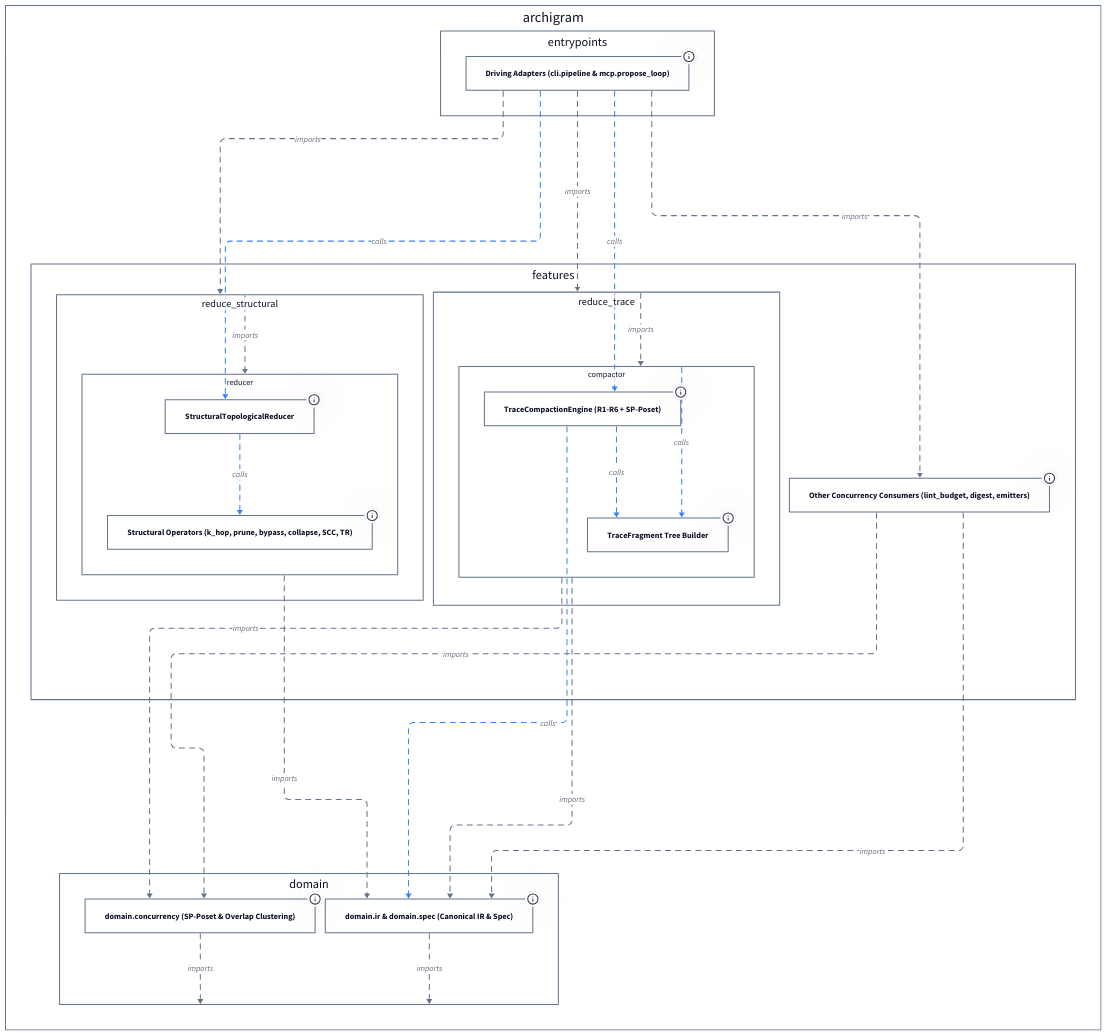
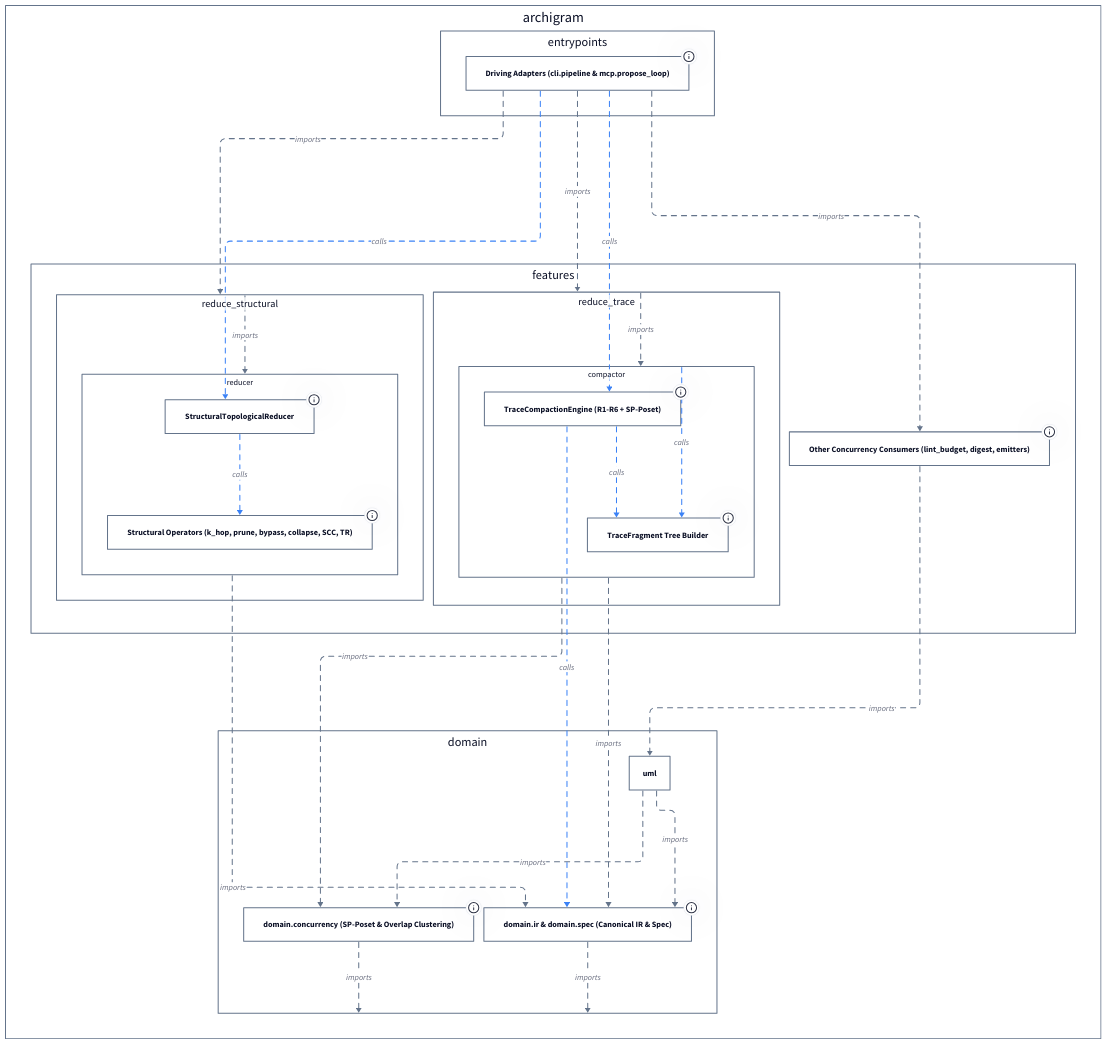
One commit to klcd/archigram changed the diagram in docs/architecture/diagrams/l2b_reduction_engine_d2.d2. Above: the diagram before and after it, drawn with D2. The commit also changed 20 other files, not shown here.

Commit message:
refactor(domain): extract shared UML helpers for emitters

```diff
--- a/docs/architecture/diagrams/l2b_reduction_engine_d2.d2
+++ b/docs/architecture/diagrams/l2b_reduction_engine_d2.d2
@@ -1,154 +1,162 @@
 vars: {
   d2-config: {
     layout-engine: elk
     theme-id: 0
     dark-theme-id: 200
   }
 }
 style.fill: transparent
 
 archigram: "archigram" {
   style.fill: transparent
   style.stroke: "#64748b"
   "archigram.domain": "domain" {
     style.fill: transparent
     style.stroke: "#64748b"
+    "archigram.domain.uml": "uml" {
+      style.fill: transparent
+      style.stroke: "#64748b"
+    }
     domain_concurrency_poset: "domain.concurrency (SP-Poset & Overlap Clustering)" {
       style.fill: transparent
       style.stroke: "#64748b"
       tooltip: "Derived via l2b_d2_concurrency (2 backing nodes: archigram.domain.concurrency, archigram.domain.concurrency.PosetCotreeNode)"
     }
     domain_ir_and_spec: "domain.ir & domain.spec (Canonical IR & Spec)" {
       style.fill: transparent
       style.stroke: "#64748b"
       tooltip: "Derived via l2b_d2_domain_ir_spec (3 backing nodes: archigram.domain.ir, archigram.domain.spec, archigram.domain.spec.TraceCompactionConfig)"
     }
   }
   "archigram.entrypoints": "entrypoints" {
     style.fill: transparent
     style.stroke: "#64748b"
     driving_entrypoints: "Driving Adapters (cli.pipeline & mcp.propose_loop)" {
       style.fill: transparent
       style.stroke: "#64748b"
       tooltip: "Derived via l2b_d2_callers (5 backing nodes: archigram.entrypoints.cli, archigram.entrypoints.cli.pipeline, archigram.entrypoints.cli.pipeline.compile_and_lint_pipeline, archigram.entrypoints.mcp, archigram.entrypoints.mcp.propose_loop)"
     }
   }
   "archigram.features": "features" {
     style.fill: transparent
     style.stroke: "#64748b"
     "archigram.features.reduce_structural": "reduce_structural" {
       style.fill: transparent
       style.stroke: "#64748b"
       "archigram.features.reduce_structural.reducer": "reducer" {
         style.fill: transparent
         style.stroke: "#64748b"
         reduce_structural_engine: "StructuralTopologicalReducer" {
           style.fill: transparent
           style.stroke: "#64748b"
           tooltip: "Derived via l2b_d2_structural_engine (1 backing node: archigram.features.reduce_structural.reducer.StructuralTopologicalReducer)"
         }
         reduce_structural_ops: "Structural Operators (k_hop, prune, bypass, collapse, SCC, TR)" {
           style.fill: transparent
           style.stroke: "#64748b"
           tooltip: "Derived via l2b_d2_structural_ops (4 backing nodes: archigram.features.reduce_structural.reducer.apply_structural_rule, archigram.features.reduce_structural.reducer.condense_sccs, archigram.features.reduce_structural.reducer.k_hop_neighborhood, archigram.features.reduce_structural.reducer.transitive_reduction)"
         }
       }
     }
     "archigram.features.reduce_trace": "reduce_trace" {
       style.fill: transparent
       style.stroke: "#64748b"
       "archigram.features.reduce_trace.compactor": "compactor" {
         style.fill: transparent
         style.stroke: "#64748b"
         reduce_trace_engine: "TraceCompactionEngine (R1-R6 + SP-Poset)" {
           style.fill: transparent
           style.stroke: "#64748b"
           tooltip: "Derived via l2b_d2_trace_engine (1 backing node: archigram.features.reduce_trace.compactor.TraceCompactionEngine)"
         }
         trace_fragment_tree: "TraceFragment Tree Builder" {
           style.fill: transparent
           style.stroke: "#64748b"
           tooltip: "Derived via l2b_d2_trace_fragments (2 backing nodes: archigram.features.reduce_trace.compactor.TraceFragment, archigram.features.reduce_trace.compactor.build_trace_fragment_tree)"
         }
       }
     }
     concurrency_consumers: "Other Concurrency Consumers (lint_budget, digest, emitters)" {
       style.fill: transparent
       style.stroke: "#64748b"
       tooltip: "Derived via l2b_d2_lint_consumers (11 backing nodes: archigram.features.emit_d2, archigram.features.emit_d2.emitter, archigram.features.emit_d2.uml_variants, archigram.features.emit_mermaid, archigram.features.emit_mermaid.emitter, ...)"
     }
   }
 }
 
+archigram."archigram.domain"."archigram.domain.uml" -> archigram."archigram.domain".domain_concurrency_poset: "imports" {
+  style.stroke: "#64748b"
+  style.stroke-dash: 5
+}
+archigram."archigram.domain"."archigram.domain.uml" -> archigram."archigram.domain".domain_ir_and_spec: "imports" {
+  style.stroke: "#64748b"
+  style.stroke-dash: 5
+}
 archigram."archigram.features"."archigram.features.reduce_structural" -> archigram."archigram.features"."archigram.features.reduce_structural"."archigram.features.reduce_structural.reducer": "imports" {
   style.stroke: "#64748b"
   style.stroke-dash: 5
 }
 archigram."archigram.features"."archigram.features.reduce_structural"."archigram.features.reduce_structural.reducer" -> archigram."archigram.domain".domain_ir_and_spec: "imports" {
   style.stroke: "#64748b"
   style.stroke-dash: 5
 }
 archigram."archigram.features"."archigram.features.reduce_trace" -> archigram."archigram.features"."archigram.features.reduce_trace"."archigram.features.reduce_trace.compactor": "imports" {
   style.stroke: "#64748b"
   style.stroke-dash: 5
 }
 archigram."archigram.features"."archigram.features.reduce_trace"."archigram.features.reduce_trace.compactor" -> archigram."archigram.domain".domain_concurrency_poset: "imports" {
   style.stroke: "#64748b"
   style.stroke-dash: 5
 }
 archigram."archigram.features"."archigram.features.reduce_trace"."archigram.features.reduce_trace.compactor" -> archigram."archigram.domain".domain_ir_and_spec: "imports" {
   style.stroke: "#64748b"
   style.stroke-dash: 5
 }
 archigram."archigram.features"."archigram.features.reduce_trace"."archigram.features.reduce_trace.compactor" -> archigram."archigram.features"."archigram.features.reduce_trace"."archigram.features.reduce_trace.compactor".trace_fragment_tree: "calls" {
   style.stroke: "#3b82f6"
   style.animated: true
 }
-archigram."archigram.features".concurrency_consumers -> archigram."archigram.domain".domain_concurrency_poset: "imports" {
-  style.stroke: "#64748b"
-  style.stroke-dash: 5
-}
-archigram."archigram.features".concurrency_consumers -> archigram."archigram.domain".domain_ir_and_spec: "imports" {
+archigram."archigram.features".concurrency_consumers -> archigram."archigram.domain"."archigram.domain.uml": "imports" {
   style.stroke: "#64748b"
   style.stroke-dash: 5
 }
 archigram."archigram.domain".domain_concurrency_poset -> archigram."archigram.domain": "imports" {
   style.stroke: "#64748b"
   style.stroke-dash: 5
 }
 archigram."archigram.domain".domain_ir_and_spec -> archigram."archigram.domain": "imports" {
   style.stroke: "#64748b"
   style.stroke-dash: 5
 }
 archigram."archigram.entrypoints".driving_entrypoints -> archigram."archigram.features"."archigram.features.reduce_structural": "imports" {
   style.stroke: "#64748b"
   style.stroke-dash: 5
 }
 archigram."archigram.entrypoints".driving_entrypoints -> archigram."archigram.features"."archigram.features.reduce_trace": "imports" {
   style.stroke: "#64748b"
   style.stroke-dash: 5
 }
 archigram."archigram.entrypoints".driving_entrypoints -> archigram."archigram.features".concurrency_consumers: "imports" {
   style.stroke: "#64748b"
   style.stroke-dash: 5
 }
 archigram."archigram.entrypoints".driving_entrypoints -> archigram."archigram.features"."archigram.features.reduce_structural"."archigram.features.reduce_structural.reducer".reduce_structural_engine: "calls" {
   style.stroke: "#3b82f6"
   style.animated: true
 }
 archigram."archigram.entrypoints".driving_entrypoints -> archigram."archigram.features"."archigram.features.reduce_trace"."archigram.features.reduce_trace.compactor".reduce_trace_engine: "calls" {
   style.stroke: "#3b82f6"
   style.animated: true
 }
 archigram."archigram.features"."archigram.features.reduce_structural"."archigram.features.reduce_structural.reducer".reduce_structural_engine -> archigram."archigram.features"."archigram.features.reduce_structural"."archigram.features.reduce_structural.reducer".reduce_structural_ops: "calls" {
   style.stroke: "#3b82f6"
   style.animated: true
 }
 archigram."archigram.features"."archigram.features.reduce_trace"."archigram.features.reduce_trace.compactor".reduce_trace_engine -> archigram."archigram.domain".domain_ir_and_spec: "calls" {
   style.stroke: "#3b82f6"
   style.animated: true
 }
 archigram."archigram.features"."archigram.features.reduce_trace"."archigram.features.reduce_trace.compactor".reduce_trace_engine -> archigram."archigram.features"."archigram.features.reduce_trace"."archigram.features.reduce_trace.compactor".trace_fragment_tree: "calls" {
   style.stroke: "#3b82f6"
   style.animated: true
 }
```
